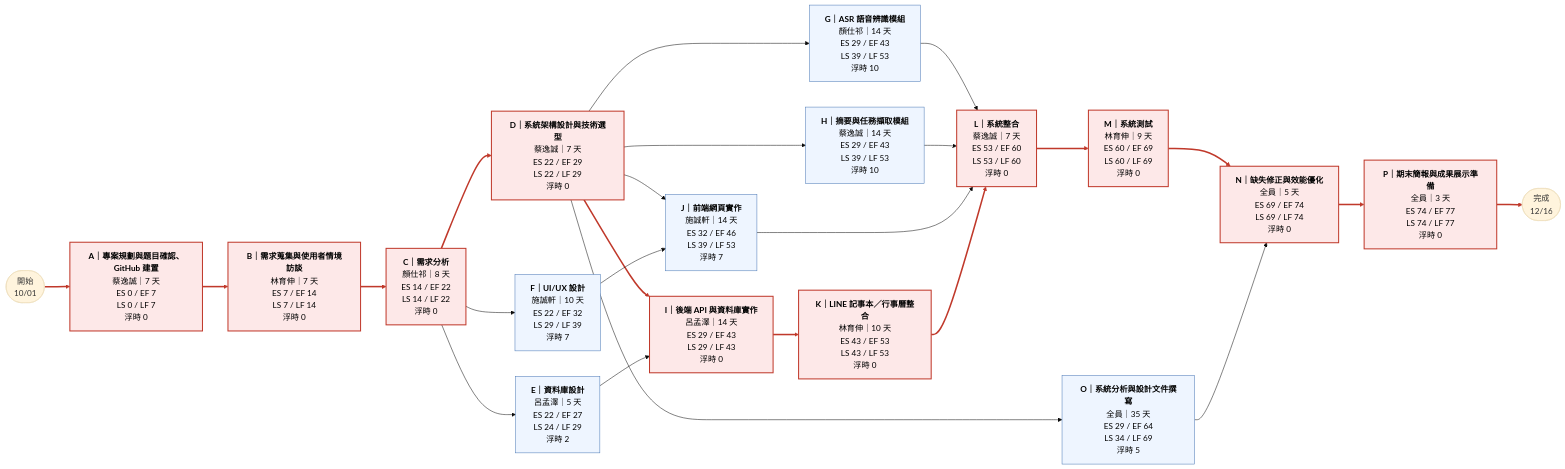
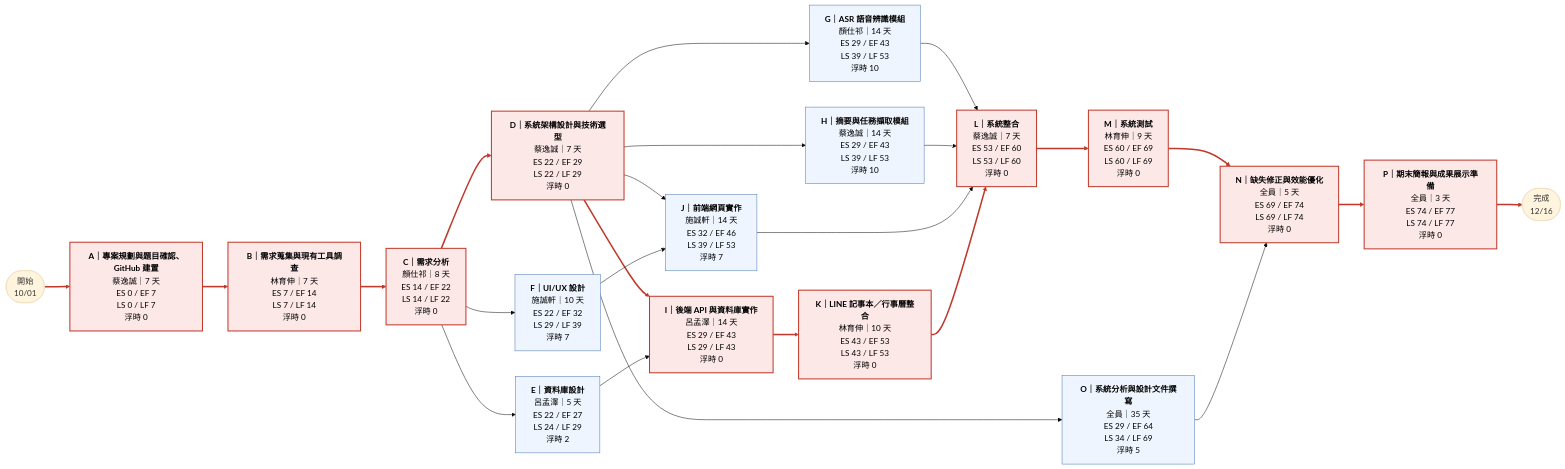
One commit to YENpsychopomp/systemdesign changed the second of 2 diagrams in team_work_2.md. Above: the diagram before and after it, drawn with Mermaid (base theme). The commit also changed other lines of this file, not shown here.

````diff
--- a/team_work_2.md
+++ b/team_work_2.md
@@ -126,49 +125,49 @@
 ```mermaid
 flowchart LR
     START(["開始<br/>10/01"])
     A["<b>A｜專案規劃與題目確認、GitHub 建置</b><br/>蔡逸誠｜7 天<br/>ES 0 / EF 7<br/>LS 0 / LF 7<br/>浮時 0"]
-    B["<b>B｜需求蒐集與使用者情境訪談</b><br/>林育伸｜7 天<br/>ES 7 / EF 14<br/>LS 7 / LF 14<br/>浮時 0"]
+    B["<b>B｜需求蒐集與現有工具調查</b><br/>林育伸｜7 天<br/>ES 7 / EF 14<br/>LS 7 / LF 14<br/>浮時 0"]
     C["<b>C｜需求分析</b><br/>顏仕祁｜8 天<br/>ES 14 / EF 22<br/>LS 14 / LF 22<br/>浮時 0"]
     D["<b>D｜系統架構設計與技術選型</b><br/>蔡逸誠｜7 天<br/>ES 22 / EF 29<br/>LS 22 / LF 29<br/>浮時 0"]
     E["<b>E｜資料庫設計</b><br/>呂孟澤｜5 天<br/>ES 22 / EF 27<br/>LS 24 / LF 29<br/>浮時 2"]
     F["<b>F｜UI/UX 設計</b><br/>施誠軒｜10 天<br/>ES 22 / EF 32<br/>LS 29 / LF 39<br/>浮時 7"]
     G["<b>G｜ASR 語音辨識模組</b><br/>顏仕祁｜14 天<br/>ES 29 / EF 43<br/>LS 39 / LF 53<br/>浮時 10"]
     H["<b>H｜摘要與任務擷取模組</b><br/>蔡逸誠｜14 天<br/>ES 29 / EF 43<br/>LS 39 / LF 53<br/>浮時 10"]
     I["<b>I｜後端 API 與資料庫實作</b><br/>呂孟澤｜14 天<br/>ES 29 / EF 43<br/>LS 29 / LF 43<br/>浮時 0"]
     J["<b>J｜前端網頁實作</b><br/>施誠軒｜14 天<br/>ES 32 / EF 46<br/>LS 39 / LF 53<br/>浮時 7"]
     K["<b>K｜LINE 記事本／行事曆整合</b><br/>林育伸｜10 天<br/>ES 43 / EF 53<br/>LS 43 / LF 53<br/>浮時 0"]
     L["<b>L｜系統整合</b><br/>蔡逸誠｜7 天<br/>ES 53 / EF 60<br/>LS 53 / LF 60<br/>浮時 0"]
     M["<b>M｜系統測試</b><br/>林育伸｜9 天<br/>ES 60 / EF 69<br/>LS 60 / LF 69<br/>浮時 0"]
     O["<b>O｜系統分析與設計文件撰寫</b><br/>全員｜35 天<br/>ES 29 / EF 64<br/>LS 34 / LF 69<br/>浮時 5"]
     N["<b>N｜缺失修正與效能優化</b><br/>全員｜5 天<br/>ES 69 / EF 74<br/>LS 69 / LF 74<br/>浮時 0"]
     P["<b>P｜期末簡報與成果展示準備</b><br/>全員｜3 天<br/>ES 74 / EF 77<br/>LS 74 / LF 77<br/>浮時 0"]
     FINISH(["完成<br/>12/16"])
     START --> A
     A --> B
     B --> C
     C --> D
     C --> E
     C --> F
     D --> G
     D --> H
     D --> I
     E --> I
     D --> J
     F --> J
     I --> K
     G --> L
     H --> L
     J --> L
     K --> L
     L --> M
     D --> O
     M --> N
     O --> N
     N --> P
     P --> FINISH
     classDef crit fill:#fde8e8,stroke:#c0392b,stroke-width:2px,color:#000
     classDef norm fill:#eef5ff,stroke:#4a78b5,color:#000
     class A,B,C,D,I,K,L,M,N,P crit
     class E,F,G,H,J,O norm
     linkStyle 0,1,2,3,8,12,16,17,19,21,22 stroke:#c0392b,stroke-width:3px
 ```
````
